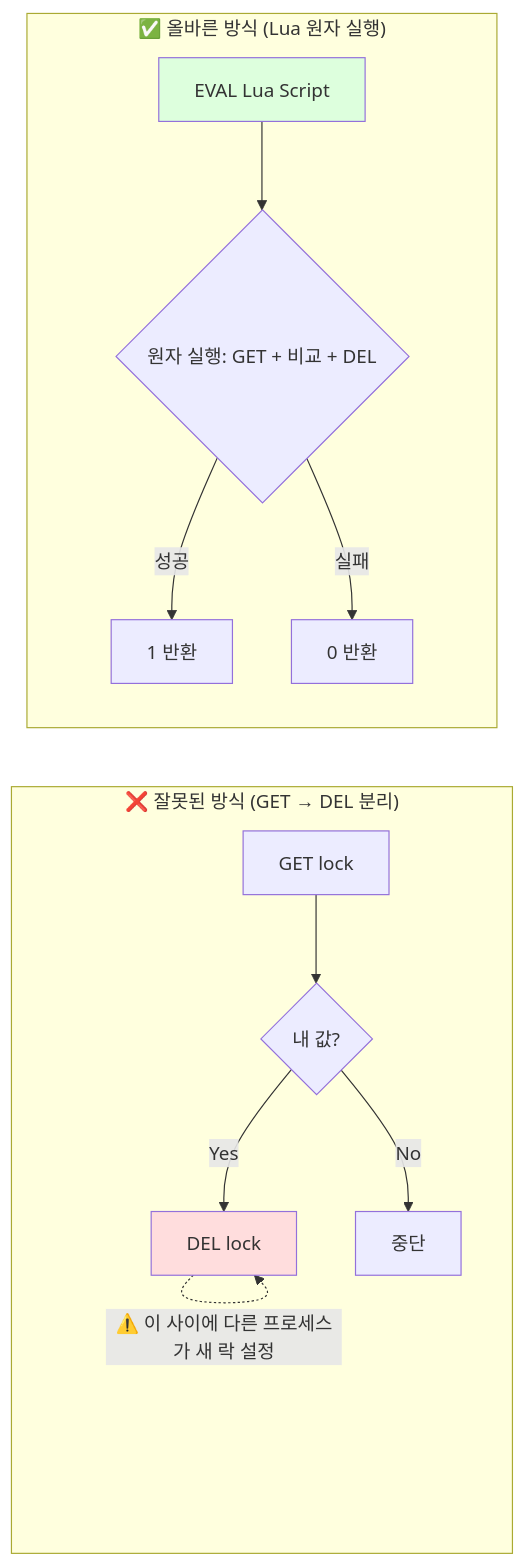
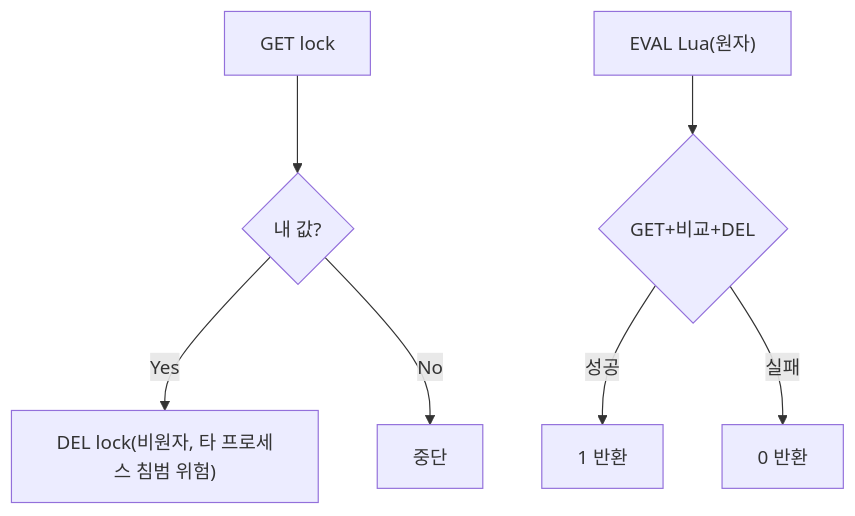
Before and after one commit to yjkim2015/yjkim2015.github.io: the third of 15 diagrams in _posts/redis/2026-05-01-redis-distributed-lock.md, drawn with Mermaid. The commit also changed other lines of this file and 215 other files, not shown here.

First line of the commit message:
신규 포스트 10개 추가 + Mermaid 전면 축소 + SystemDesign 시리즈 보강

````diff
--- a/_posts/redis/2026-05-01-redis-distributed-lock.md
+++ b/_posts/redis/2026-05-01-redis-distributed-lock.md
@@ -145,18 +124,9 @@
 ```mermaid
-flowchart LR
-    subgraph "❌ 잘못된 방식 (GET → DEL 분리)"
-        A1[GET lock] --> A2{내 값?}
-        A2 -->|Yes| A3[DEL lock]
-        A2 -->|No| A4[중단]
-        A3 -.->|⚠️ 이 사이에 다른 프로세스가 새 락 설정| A3
-    end
-
-    subgraph "✅ 올바른 방식 (Lua 원자 실행)"
-        B1[EVAL Lua Script] --> B2{원자 실행: GET + 비교 + DEL}
-        B2 -->|성공| B3[1 반환]
-        B2 -->|실패| B4[0 반환]
-    end
-
-    style A3 fill:#fdd
-    style B1 fill:#dfd
+flowchart TD
+    A1["GET lock"] --> A2{"내 값?"}
+    A2 -->|Yes| A3["DEL lock(비원자, 타 프로세스 침범 위험)"]
+    A2 -->|No| A4["중단"]
+    B1["EVAL Lua(원자)"] --> B2{"GET+비교+DEL"}
+    B2 -->|성공| B3["1 반환"]
+    B2 -->|실패| B4["0 반환"]
 ```
````
